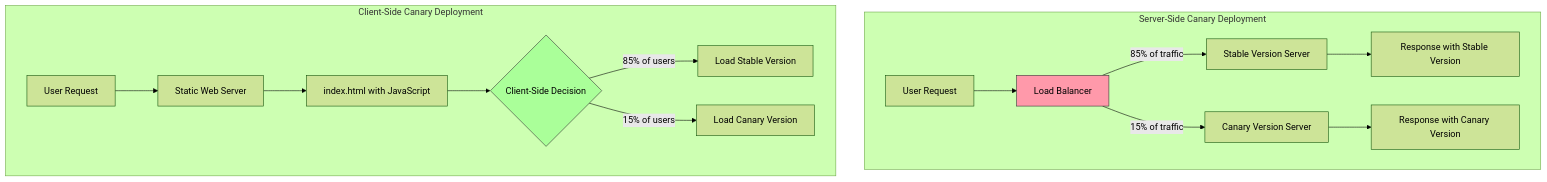
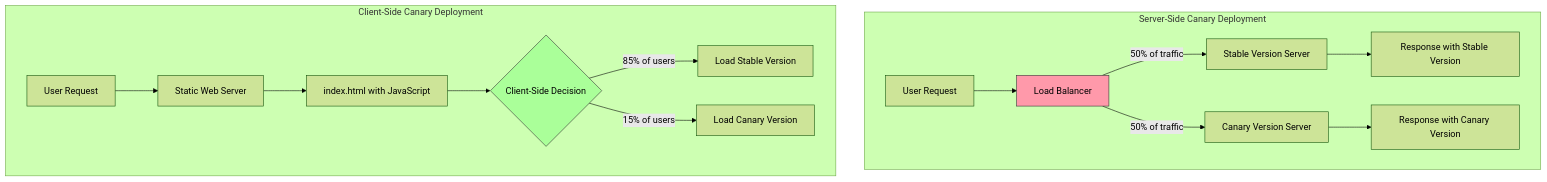
One commit to lloydchang/client-side-canary-deployment changed the second of 2 diagrams in README.md. Above: the diagram before and after it, drawn with Mermaid (forest theme). The commit also changed other lines of this file, not shown here.

````diff
--- a/README.md
+++ b/README.md
@@ -41,21 +41,21 @@
  ```mermaid
  graph TD
      subgraph "Server-Side Canary Deployment"
          A[User Request] --> B[Load Balancer]
-         B -->|85% of traffic| C[Stable Version Server]
-         B -->|15% of traffic| D[Canary Version Server]
+         B -->|50% of traffic| C[Stable Version Server]
+         B -->|50% of traffic| D[Canary Version Server]
          C --> E[Response with Stable Version]
          D --> F[Response with Canary Version]
      end
      
      subgraph "Client-Side Canary Deployment"
          G[User Request] --> H[Static Web Server]
          H --> I[index.html with JavaScript]
          I --> J{Client-Side Decision}
          J -->|85% of users| K[Load Stable Version]
          J -->|15% of users| L[Load Canary Version]
      end
      
      style B fill:#f9a,stroke:#333
      style J fill:#af9,stroke:#333
 ```
````
